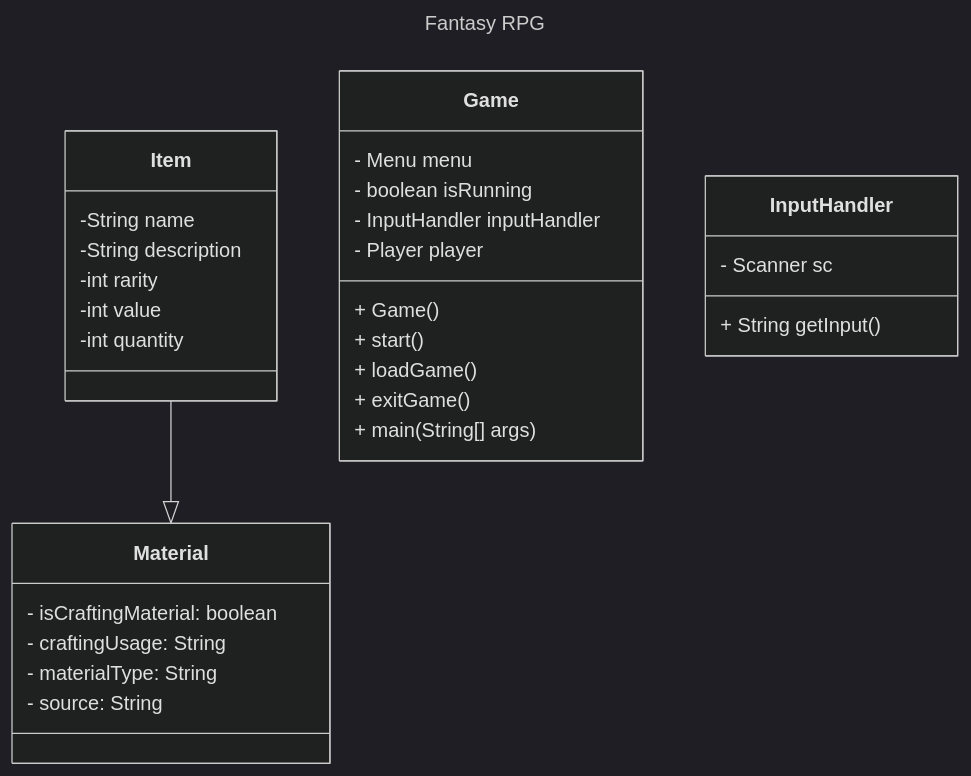
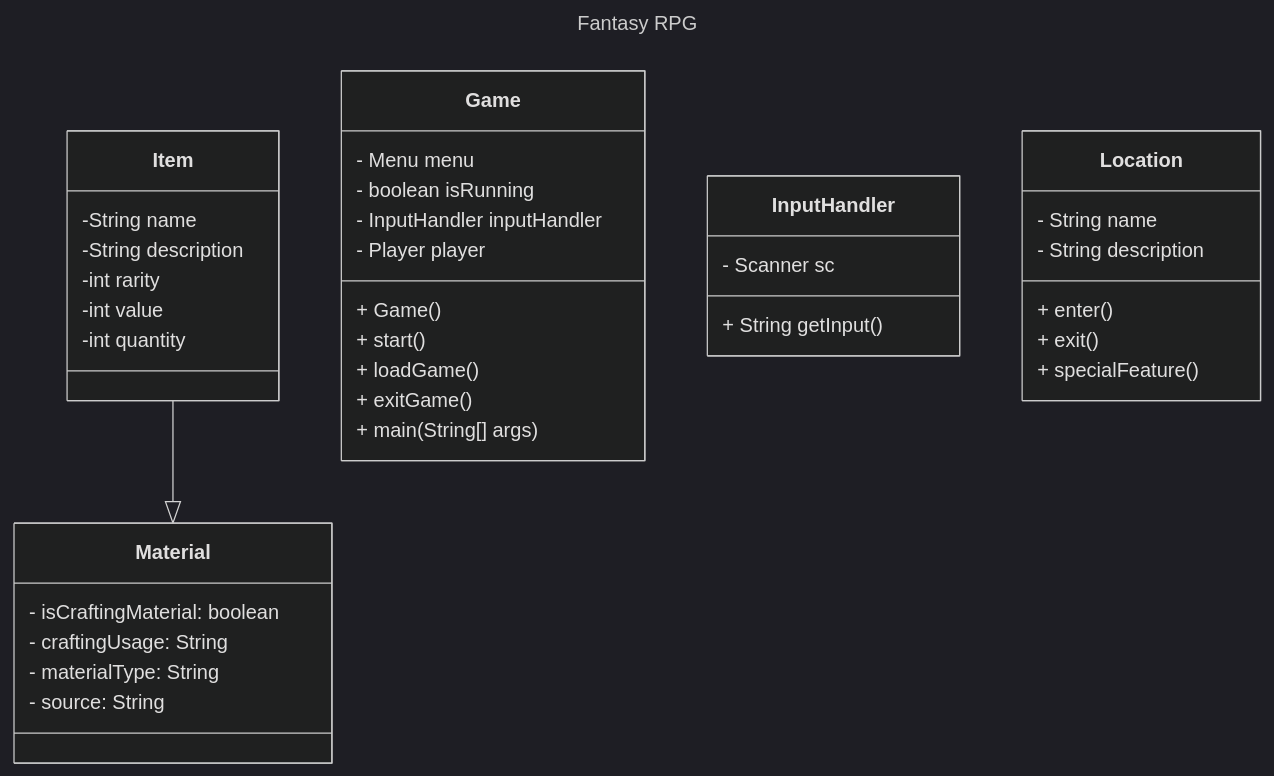
Before and after one commit to pacalso-jjc/2425-2nd-cc3-1b-rpg: the diagram in wiki/Class-Diagram.md, drawn with Mermaid (dark theme).

Commit message:
added location class diagram

````diff
--- a/wiki/Class-Diagram.md
+++ b/wiki/Class-Diagram.md
@@ -1,38 +1,47 @@
 ```mermaid
 ---
 title: Fantasy RPG
 ---
 classDiagram
     Item --|> Material
     class Material {
         - isCraftingMaterial: boolean
         - craftingUsage: String
         - materialType: String
         - source: String
     }
 
     class Item{
         -String name
         -String description
         -int rarity
         -int value
         -int quantity
     }
 
     class Game{
         - Menu menu
         - boolean isRunning
         - InputHandler inputHandler
         - Player player
         + Game()
         + start()
         + loadGame()
         + exitGame()
         + main(String[] args)
     }
 
     class InputHandler{
         - Scanner sc
         + String getInput()
     }
+
+    class Location {
+        - String name
+        - String description
+        + enter()
+        + exit()
+        + specialFeature()
+    }
+
 ```
````
